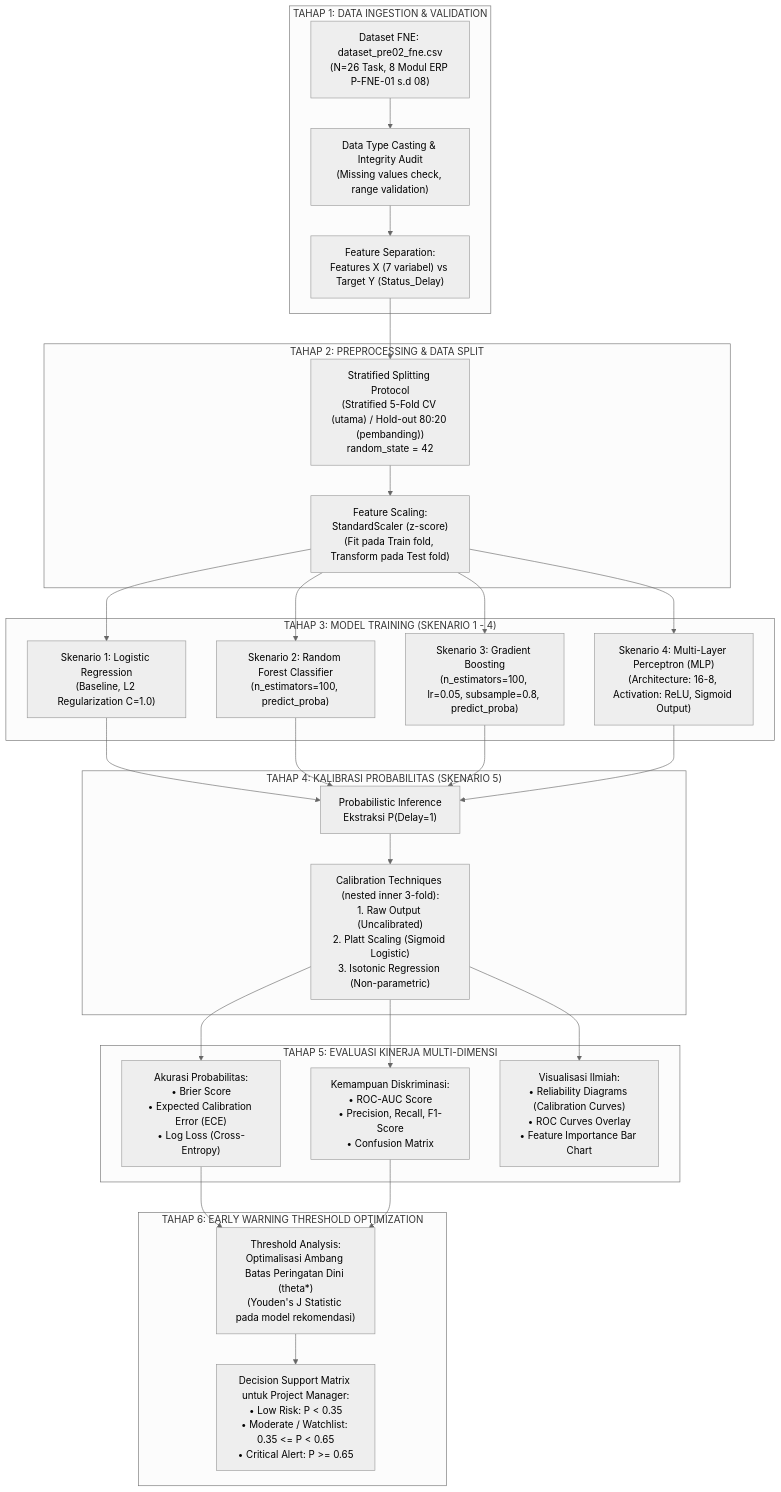
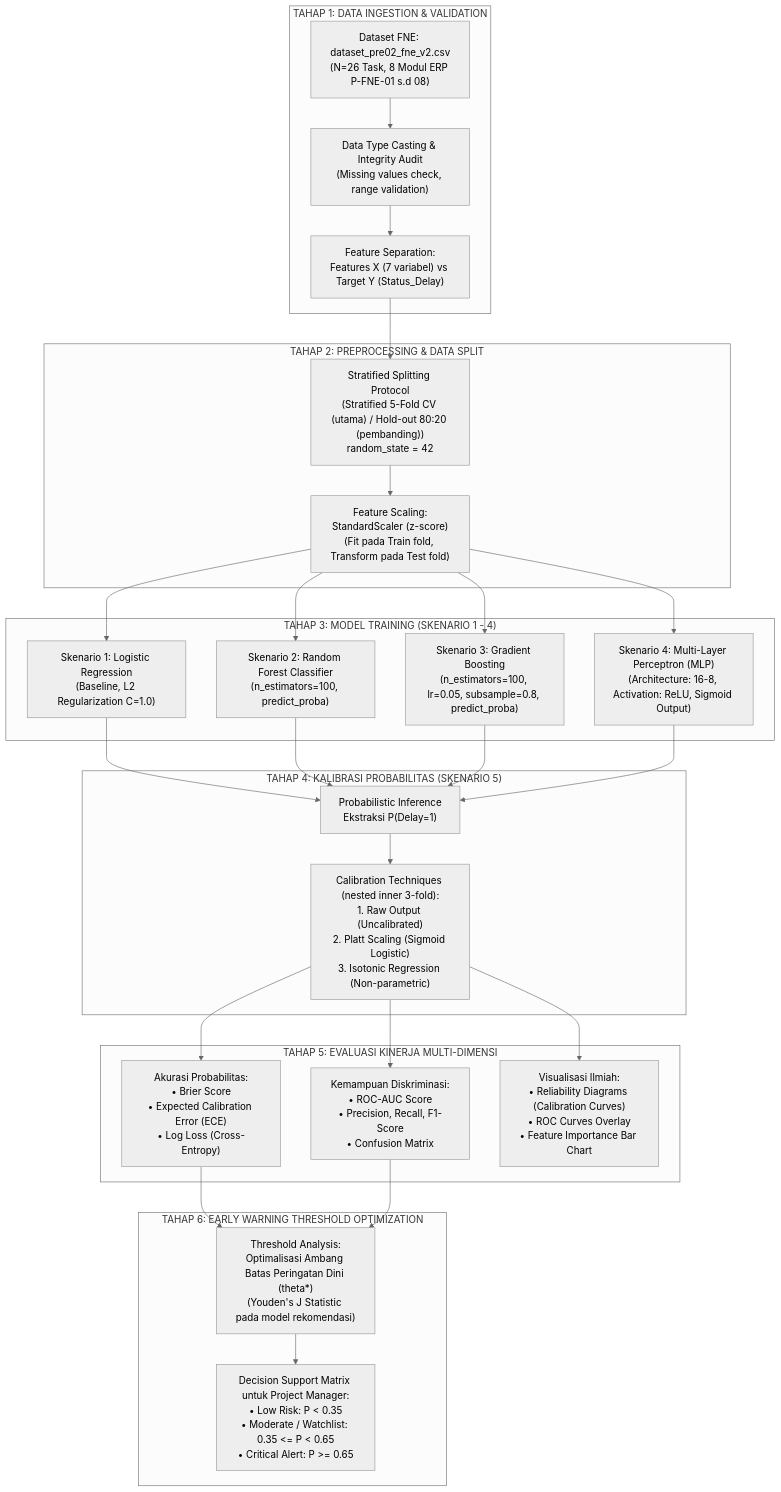
Before and after one commit to mug31/MP-PRE-02: the diagram in 04_implemen_desain_eksperimen/01_Flow_dan_Skenario_Eksperimen.md, drawn with Mermaid (neutral theme). The commit also changed 12 other files, not shown here.

````diff
--- a/04_implemen_desain_eksperimen/01_Flow_dan_Skenario_Eksperimen.md
+++ b/04_implemen_desain_eksperimen/01_Flow_dan_Skenario_Eksperimen.md
@@ -23,35 +23,35 @@
 ```mermaid
 flowchart TD
     subgraph S1["TAHAP 1: DATA INGESTION & VALIDATION"]
-        A1["Dataset FNE: dataset_pre02_fne.csv<br>(N=26 Task, 8 Modul ERP P-FNE-01 s.d 08)"] --> A2["Data Type Casting & Integrity Audit<br>(Missing values check, range validation)"]
+        A1["Dataset FNE: dataset_pre02_fne_v2.csv<br>(N=26 Task, 8 Modul ERP P-FNE-01 s.d 08)"] --> A2["Data Type Casting & Integrity Audit<br>(Missing values check, range validation)"]
         A2 --> A3["Feature Separation:<br>Features X (7 variabel) vs Target Y (Status_Delay)"]
     end
 
     subgraph S2["TAHAP 2: PREPROCESSING & DATA SPLIT"]
         A3 --> B1["Stratified Splitting Protocol<br>(Stratified 5-Fold CV (utama) / Hold-out 80:20 (pembanding))<br>random_state = 42"]
         B1 --> B2["Feature Scaling:<br>StandardScaler (z-score)<br>(Fit pada Train fold, Transform pada Test fold)"]
     end
 
     subgraph S3["TAHAP 3: MODEL TRAINING (SKENARIO 1 - 4)"]
         B2 --> C1["Skenario 1: Logistic Regression<br>(Baseline, L2 Regularization C=1.0)"]
         B2 --> C2["Skenario 2: Random Forest Classifier<br>(n_estimators=100, predict_proba)"]
         B2 --> C3["Skenario 3: Gradient Boosting<br>(n_estimators=100, lr=0.05, subsample=0.8, predict_proba)"]
         B2 --> C4["Skenario 4: Multi-Layer Perceptron (MLP)<br>(Architecture: 16-8, Activation: ReLU, Sigmoid Output)"]
     end
 
     subgraph S4["TAHAP 4: KALIBRASI PROBABILITAS (SKENARIO 5)"]
         C1 & C2 & C3 & C4 --> D1["Probabilistic Inference<br>Ekstraksi P(Delay=1)"]
         D1 --> D2["Calibration Techniques (nested inner 3-fold):<br>1. Raw Output (Uncalibrated)<br>2. Platt Scaling (Sigmoid Logistic)<br>3. Isotonic Regression (Non-parametric)"]
     end
 
     subgraph S5["TAHAP 5: EVALUASI KINERJA MULTI-DIMENSI"]
         D2 --> E1["Akurasi Probabilitas:<br>• Brier Score<br>• Expected Calibration Error (ECE)<br>• Log Loss (Cross-Entropy)"]
         D2 --> E2["Kemampuan Diskriminasi:<br>• ROC-AUC Score<br>• Precision, Recall, F1-Score<br>• Confusion Matrix"]
         D2 --> E3["Visualisasi Ilmiah:<br>• Reliability Diagrams (Calibration Curves)<br>• ROC Curves Overlay<br>• Feature Importance Bar Chart"]
     end
 
     subgraph S6["TAHAP 6: EARLY WARNING THRESHOLD OPTIMIZATION"]
         E1 & E2 --> F1["Threshold Analysis:<br>Optimalisasi Ambang Batas Peringatan Dini (theta*)<br>(Youden's J Statistic pada model rekomendasi)"]
         F1 --> F2["Decision Support Matrix untuk Project Manager:<br>• Low Risk: P < 0.35<br>• Moderate / Watchlist: 0.35 <= P < 0.65<br>• Critical Alert: P >= 0.65"]
     end
 ```
````
